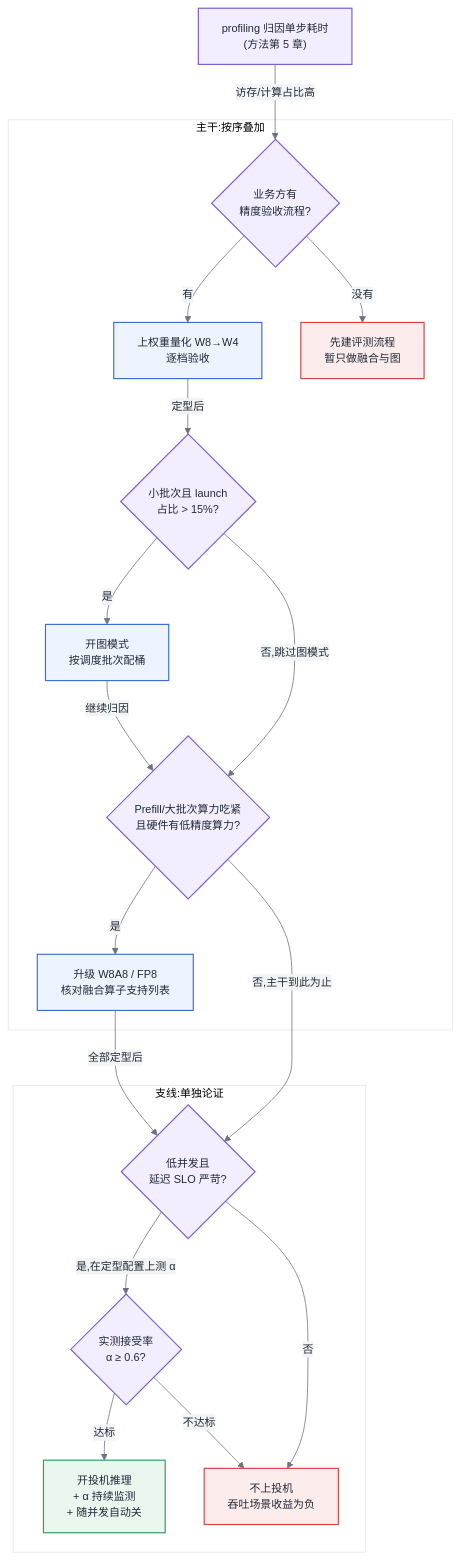
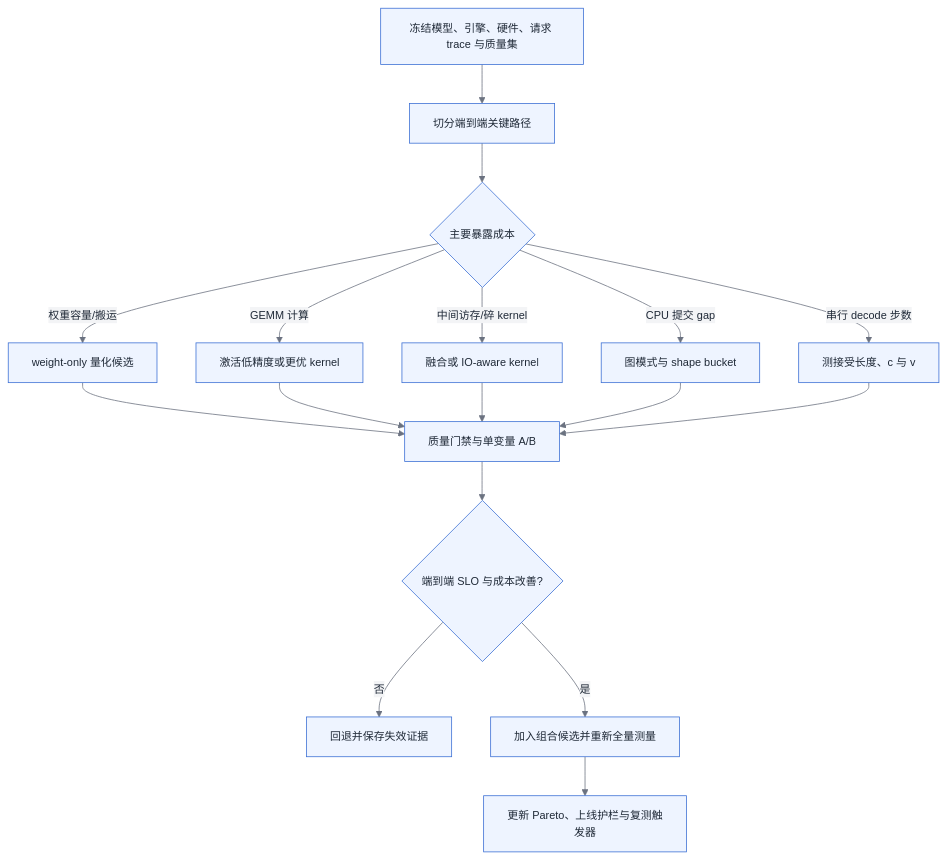
Before and after one commit to cdavid817/AI-Infra: the diagram in 第五部分-推理系统/第23章-推理优化-计算类加速.md, drawn with Mermaid. The commit also changed other lines of this file and 117 other files, not shown here.

````diff
--- a/第五部分-推理系统/第23章-推理优化-计算类加速.md
+++ b/第五部分-推理系统/第23章-推理优化-计算类加速.md
@@ -208,46 +202,24 @@
 ```mermaid
 %%{init: {'theme':'base','themeVariables':{
   'primaryColor':'#EEF4FF','primaryBorderColor':'#3B6FD4','primaryTextColor':'#1F2937',
   'secondaryColor':'#F3F4F6','tertiaryColor':'#FFFFFF',
   'lineColor':'#6B7280','fontFamily':'-apple-system, Segoe UI, Helvetica, Arial, sans-serif','fontSize':'14px'
 }}}%%
-flowchart TB
-  classDef compute fill:#EEF4FF,stroke:#3B6FD4,stroke-width:1.5px,color:#1F2937
-  classDef ctrl fill:#F3EEFF,stroke:#7C5CD4,stroke-width:1.5px,color:#1F2937
-  classDef good fill:#E9F7EF,stroke:#2E9E64,stroke-width:1.5px,color:#1F2937
-  classDef bottleneck fill:#FDECEC,stroke:#D64545,stroke-width:1.5px,color:#1F2937
-
-  START["profiling 归因单步耗时<br/>(方法第 5 章)"]:::ctrl
-
-  subgraph base["主干:按序叠加"]
-    Q1{"业务方有<br/>精度验收流程?"}:::ctrl
-    W["上权重量化 W8→W4<br/>逐档验收"]:::compute
-    NOQ["先建评测流程<br/>暂只做融合与图"]:::bottleneck
-    L{"小批次且 launch<br/>占比 > 15%?"}:::ctrl
-    G["开图模式<br/>按调度批次配桶"]:::compute
-    A{"Prefill/大批次算力吃紧<br/>且硬件有低精度算力?"}:::ctrl
-    QA["升级 W8A8 / FP8<br/>核对融合算子支持列表"]:::compute
-  end
-
-  subgraph spec["支线:单独论证"]
-    C{"低并发且<br/>延迟 SLO 严苛?"}:::ctrl
-    T{"实测接受率<br/>α ≥ 0.6?"}:::ctrl
-    S["开投机推理<br/>+ α 持续监测<br/>+ 随并发自动关"]:::good
-    NS["不上投机<br/>吞吐场景收益为负"]:::bottleneck
-  end
-
-  START -- "访存/计算占比高" --> Q1
-  Q1 -- "有" --> W
-  Q1 -- "没有" --> NOQ
-  W -- "定型后" --> L
-  L -- "是" --> G
-  L -- "否,跳过图模式" --> A
-  G -- "继续归因" --> A
-  A -- "是" --> QA
-  A -- "否,主干到此为止" --> C
-  QA -- "全部定型后" --> C
-  C -- "是,在定型配置上测 α" --> T
-  C -- "否" --> NS
-  T -- "达标" --> S
-  T -- "不达标" --> NS
+flowchart TD
+  A[冻结模型、引擎、硬件、请求 trace 与质量集] --> B[切分端到端关键路径]
+  B --> C{主要暴露成本}
+  C -- 权重容量/搬运 --> D[weight-only 量化候选]
+  C -- GEMM 计算 --> E[激活低精度或更优 kernel]
+  C -- 中间访存/碎 kernel --> F[融合或 IO-aware kernel]
+  C -- CPU 提交 gap --> G[图模式与 shape bucket]
+  C -- 串行 decode 步数 --> H[测接受长度、c 与 v]
+  D --> I[质量门禁与单变量 A/B]
+  E --> I
+  F --> I
+  G --> I
+  H --> I
+  I --> J{端到端 SLO 与成本改善?}
+  J -- 否 --> K[回退并保存失效证据]
+  J -- 是 --> L[加入组合候选并重新全量测量]
+  L --> M[更新 Pareto、上线护栏与复测触发器]
 ```
````
